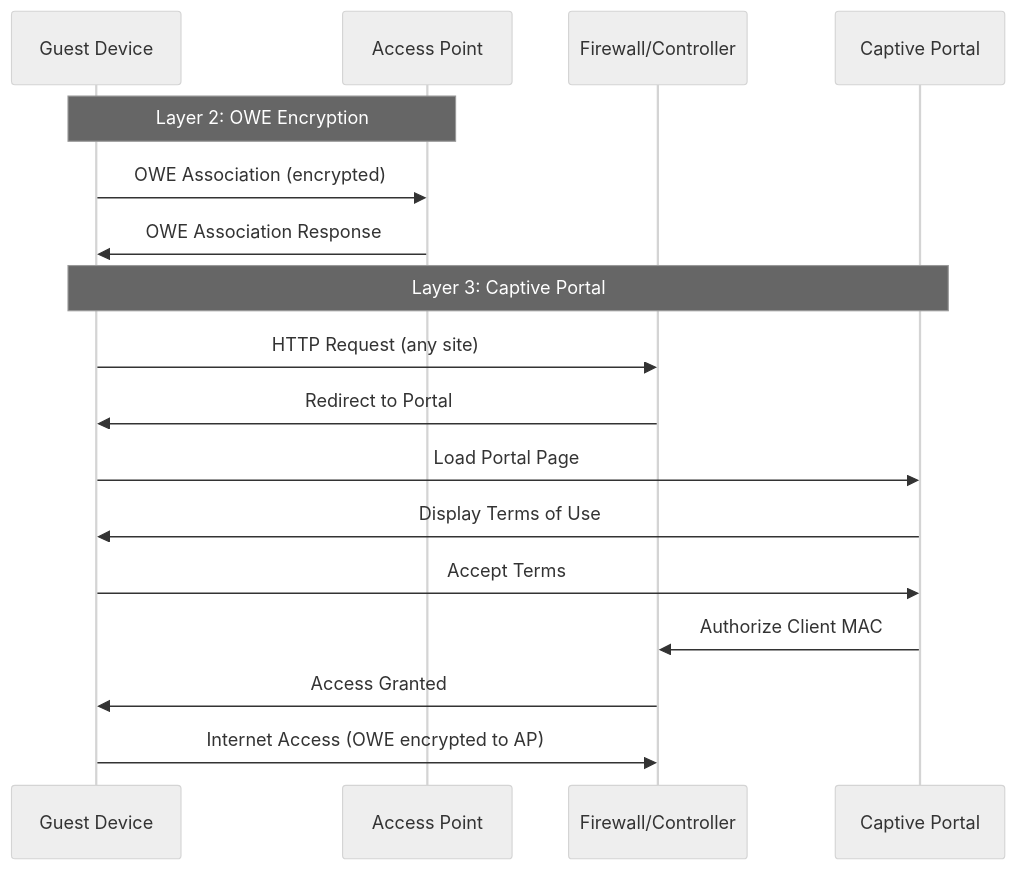
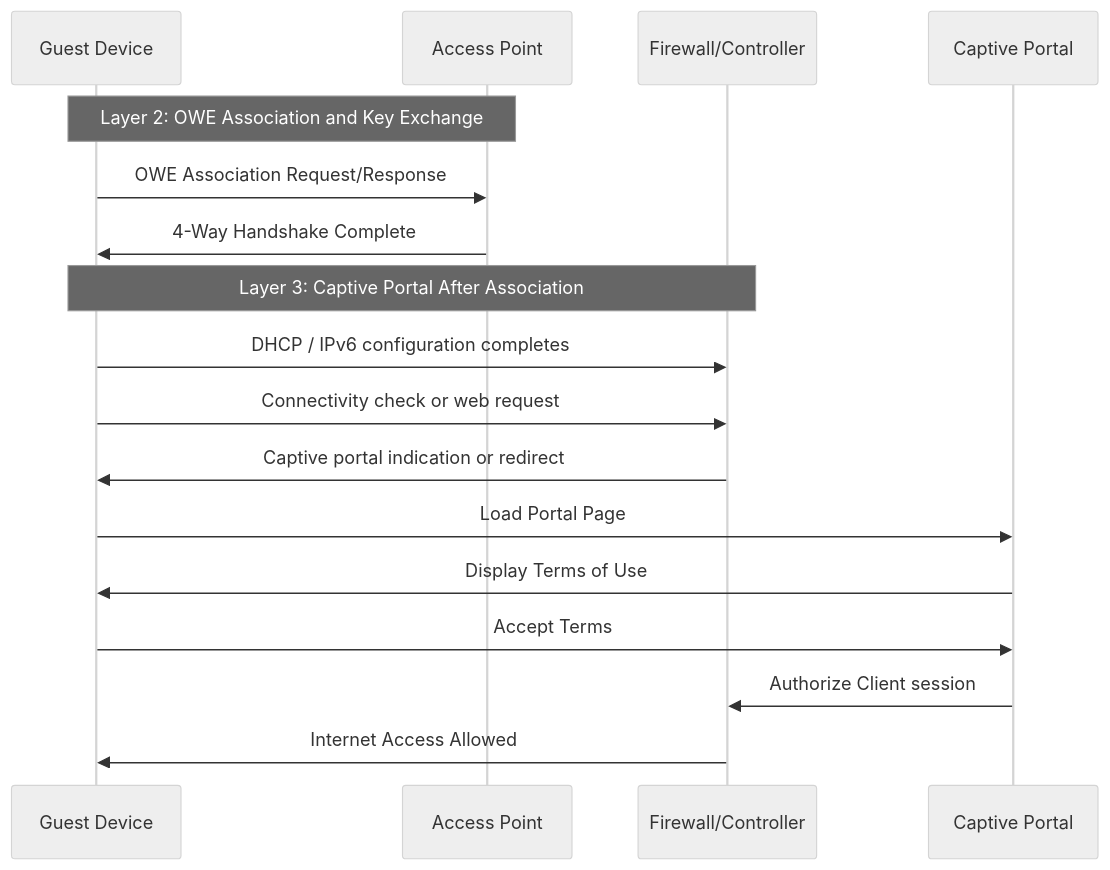
One commit to NewOrleansITI/networkstandards changed the fifth of 9 diagrams in docs/security/owe-enhanced-open.md. Above: the diagram before and after it, drawn with Mermaid (neutral theme). The commit also changed other lines of this file and 19 other files, not shown here.

````diff
--- a/docs/security/owe-enhanced-open.md
+++ b/docs/security/owe-enhanced-open.md
@@ -280,21 +266,21 @@
 ```mermaid
 sequenceDiagram
     participant C as Guest Device
     participant AP as Access Point
     participant FW as Firewall/Controller
     participant PORTAL as Captive Portal
 
-    Note over C,AP: Layer 2: OWE Encryption
-    C->>AP: OWE Association (encrypted)
-    AP->>C: OWE Association Response
+    Note over C,AP: Layer 2: OWE Association and Key Exchange
+    C->>AP: OWE Association Request/Response
+    AP->>C: 4-Way Handshake Complete
 
-    Note over C,PORTAL: Layer 3: Captive Portal
-    C->>FW: HTTP Request (any site)
-    FW->>C: Redirect to Portal
+    Note over C,FW: Layer 3: Captive Portal After Association
+    C->>FW: DHCP / IPv6 configuration completes
+    C->>FW: Connectivity check or web request
+    FW->>C: Captive portal indication or redirect
     C->>PORTAL: Load Portal Page
     PORTAL->>C: Display Terms of Use
     C->>PORTAL: Accept Terms
-    PORTAL->>FW: Authorize Client MAC
-    FW->>C: Access Granted
-    C->>FW: Internet Access (OWE encrypted to AP)
+    PORTAL->>FW: Authorize Client session
+    FW->>C: Internet Access Allowed
 ```
````
